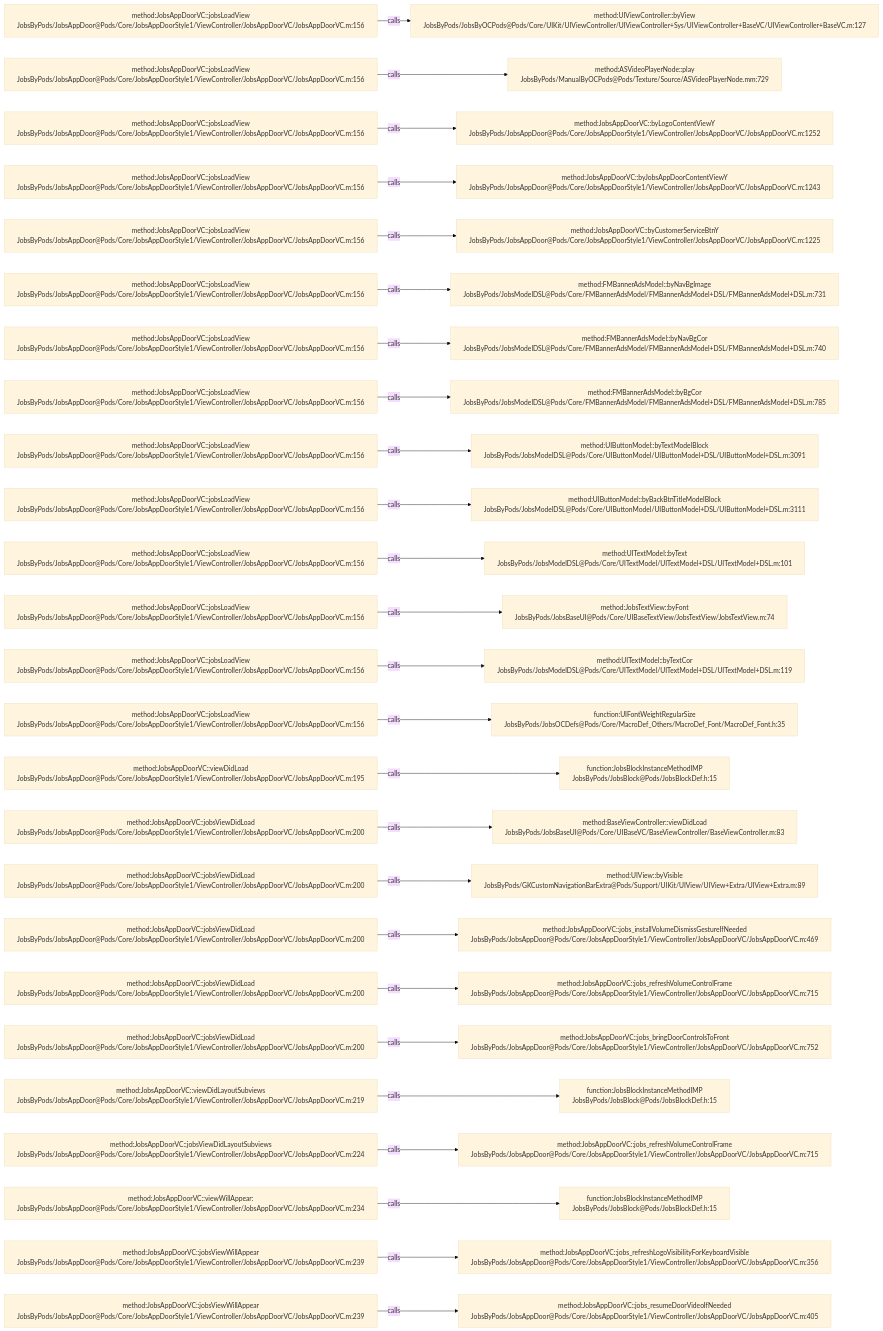
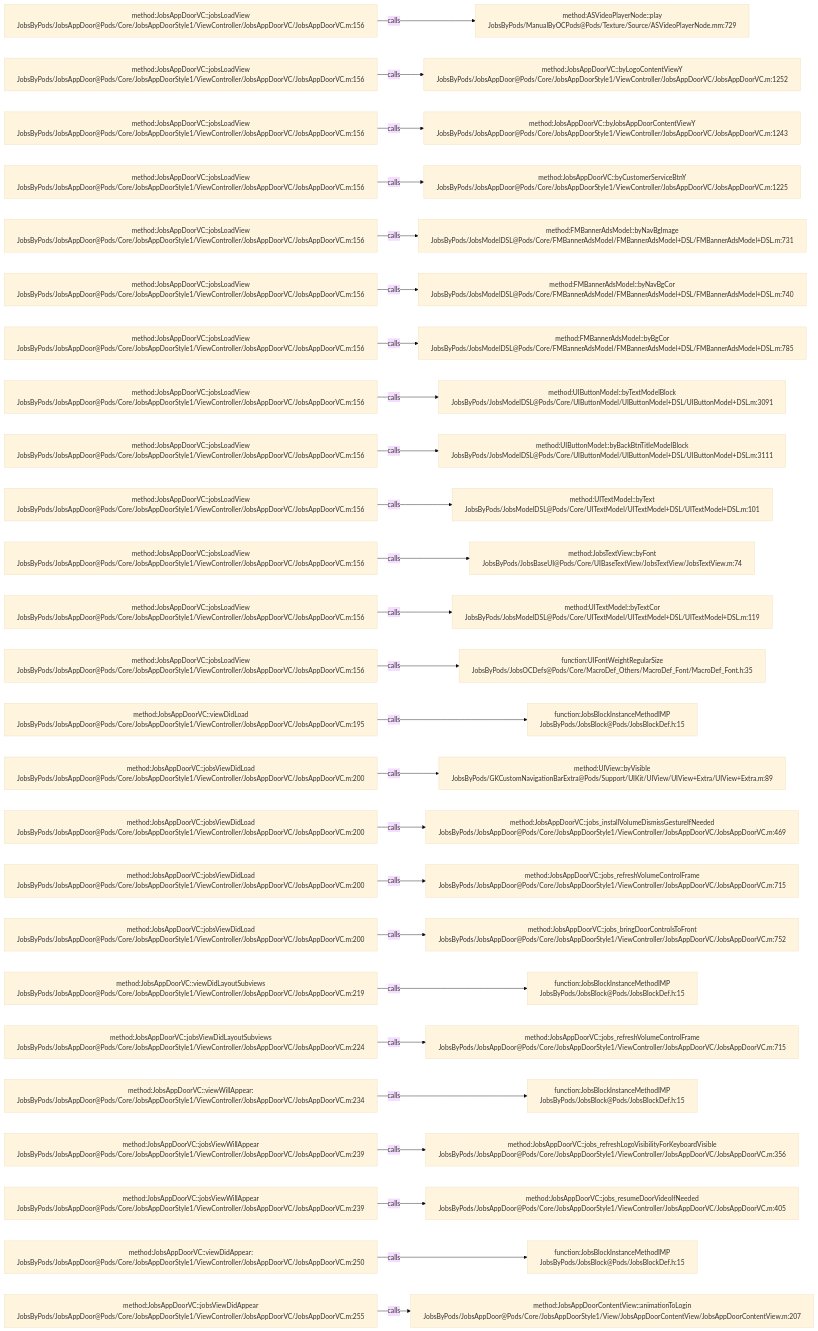
The diagram in .codegraph/codegraph.md/graphs/calls-105.md (JobsKits/JobsOCBaseConfigDemo), drawn with Mermaid (base theme) before and after one commit. The commit also changed 116 other files, not shown here.

````diff
--- a/.codegraph/codegraph.md/graphs/calls-105.md
+++ b/.codegraph/codegraph.md/graphs/calls-105.md
@@ -13,78 +13,78 @@
 ```mermaid
 flowchart LR
   S1["method:JobsAppDoorVC::jobsLoadView<br/>JobsByPods/JobsAppDoor@Pods/Core/JobsAppDoorStyle1/ViewController/JobsAppDoorVC/JobsAppDoorVC.m:156"]
-  T1["method:UIViewController::byView<br/>JobsByPods/JobsByOCPods@Pods/Core/UIKit/UIViewController/UIViewController+Sys/UIViewController+BaseVC/UIViewController+BaseVC.m:127"]
+  T1["method:ASVideoPlayerNode::play<br/>JobsByPods/ManualByOCPods@Pods/Texture/Source/ASVideoPlayerNode.mm:729"]
   S1 -->|calls| T1
   S2["method:JobsAppDoorVC::jobsLoadView<br/>JobsByPods/JobsAppDoor@Pods/Core/JobsAppDoorStyle1/ViewController/JobsAppDoorVC/JobsAppDoorVC.m:156"]
-  T2["method:ASVideoPlayerNode::play<br/>JobsByPods/ManualByOCPods@Pods/Texture/Source/ASVideoPlayerNode.mm:729"]
+  T2["method:JobsAppDoorVC::byLogoContentViewY<br/>JobsByPods/JobsAppDoor@Pods/Core/JobsAppDoorStyle1/ViewController/JobsAppDoorVC/JobsAppDoorVC.m:1252"]
   S2 -->|calls| T2
   S3["method:JobsAppDoorVC::jobsLoadView<br/>JobsByPods/JobsAppDoor@Pods/Core/JobsAppDoorStyle1/ViewController/JobsAppDoorVC/JobsAppDoorVC.m:156"]
-  T3["method:JobsAppDoorVC::byLogoContentViewY<br/>JobsByPods/JobsAppDoor@Pods/Core/JobsAppDoorStyle1/ViewController/JobsAppDoorVC/JobsAppDoorVC.m:1252"]
+  T3["method:JobsAppDoorVC::byJobsAppDoorContentViewY<br/>JobsByPods/JobsAppDoor@Pods/Core/JobsAppDoorStyle1/ViewController/JobsAppDoorVC/JobsAppDoorVC.m:1243"]
   S3 -->|calls| T3
   S4["method:JobsAppDoorVC::jobsLoadView<br/>JobsByPods/JobsAppDoor@Pods/Core/JobsAppDoorStyle1/ViewController/JobsAppDoorVC/JobsAppDoorVC.m:156"]
-  T4["method:JobsAppDoorVC::byJobsAppDoorContentViewY<br/>JobsByPods/JobsAppDoor@Pods/Core/JobsAppDoorStyle1/ViewController/JobsAppDoorVC/JobsAppDoorVC.m:1243"]
+  T4["method:JobsAppDoorVC::byCustomerServiceBtnY<br/>JobsByPods/JobsAppDoor@Pods/Core/JobsAppDoorStyle1/ViewController/JobsAppDoorVC/JobsAppDoorVC.m:1225"]
   S4 -->|calls| T4
   S5["method:JobsAppDoorVC::jobsLoadView<br/>JobsByPods/JobsAppDoor@Pods/Core/JobsAppDoorStyle1/ViewController/JobsAppDoorVC/JobsAppDoorVC.m:156"]
-  T5["method:JobsAppDoorVC::byCustomerServiceBtnY<br/>JobsByPods/JobsAppDoor@Pods/Core/JobsAppDoorStyle1/ViewController/JobsAppDoorVC/JobsAppDoorVC.m:1225"]
+  T5["method:FMBannerAdsModel::byNavBgImage<br/>JobsByPods/JobsModelDSL@Pods/Core/FMBannerAdsModel/FMBannerAdsModel+DSL/FMBannerAdsModel+DSL.m:731"]
   S5 -->|calls| T5
   S6["method:JobsAppDoorVC::jobsLoadView<br/>JobsByPods/JobsAppDoor@Pods/Core/JobsAppDoorStyle1/ViewController/JobsAppDoorVC/JobsAppDoorVC.m:156"]
-  T6["method:FMBannerAdsModel::byNavBgImage<br/>JobsByPods/JobsModelDSL@Pods/Core/FMBannerAdsModel/FMBannerAdsModel+DSL/FMBannerAdsModel+DSL.m:731"]
+  T6["method:FMBannerAdsModel::byNavBgCor<br/>JobsByPods/JobsModelDSL@Pods/Core/FMBannerAdsModel/FMBannerAdsModel+DSL/FMBannerAdsModel+DSL.m:740"]
   S6 -->|calls| T6
   S7["method:JobsAppDoorVC::jobsLoadView<br/>JobsByPods/JobsAppDoor@Pods/Core/JobsAppDoorStyle1/ViewController/JobsAppDoorVC/JobsAppDoorVC.m:156"]
-  T7["method:FMBannerAdsModel::byNavBgCor<br/>JobsByPods/JobsModelDSL@Pods/Core/FMBannerAdsModel/FMBannerAdsModel+DSL/FMBannerAdsModel+DSL.m:740"]
+  T7["method:FMBannerAdsModel::byBgCor<br/>JobsByPods/JobsModelDSL@Pods/Core/FMBannerAdsModel/FMBannerAdsModel+DSL/FMBannerAdsModel+DSL.m:785"]
   S7 -->|calls| T7
   S8["method:JobsAppDoorVC::jobsLoadView<br/>JobsByPods/JobsAppDoor@Pods/Core/JobsAppDoorStyle1/ViewController/JobsAppDoorVC/JobsAppDoorVC.m:156"]
-  T8["method:FMBannerAdsModel::byBgCor<br/>JobsByPods/JobsModelDSL@Pods/Core/FMBannerAdsModel/FMBannerAdsModel+DSL/FMBannerAdsModel+DSL.m:785"]
+  T8["method:UIButtonModel::byTextModelBlock<br/>JobsByPods/JobsModelDSL@Pods/Core/UIButtonModel/UIButtonModel+DSL/UIButtonModel+DSL.m:3091"]
   S8 -->|calls| T8
   S9["method:JobsAppDoorVC::jobsLoadView<br/>JobsByPods/JobsAppDoor@Pods/Core/JobsAppDoorStyle1/ViewController/JobsAppDoorVC/JobsAppDoorVC.m:156"]
-  T9["method:UIButtonModel::byTextModelBlock<br/>JobsByPods/JobsModelDSL@Pods/Core/UIButtonModel/UIButtonModel+DSL/UIButtonModel+DSL.m:3091"]
+  T9["method:UIButtonModel::byBackBtnTitleModelBlock<br/>JobsByPods/JobsModelDSL@Pods/Core/UIButtonModel/UIButtonModel+DSL/UIButtonModel+DSL.m:3111"]
   S9 -->|calls| T9
   S10["method:JobsAppDoorVC::jobsLoadView<br/>JobsByPods/JobsAppDoor@Pods/Core/JobsAppDoorStyle1/ViewController/JobsAppDoorVC/JobsAppDoorVC.m:156"]
-  T10["method:UIButtonModel::byBackBtnTitleModelBlock<br/>JobsByPods/JobsModelDSL@Pods/Core/UIButtonModel/UIButtonModel+DSL/UIButtonModel+DSL.m:3111"]
+  T10["method:UITextModel::byText<br/>JobsByPods/JobsModelDSL@Pods/Core/UITextModel/UITextModel+DSL/UITextModel+DSL.m:101"]
   S10 -->|calls| T10
   S11["method:JobsAppDoorVC::jobsLoadView<br/>JobsByPods/JobsAppDoor@Pods/Core/JobsAppDoorStyle1/ViewController/JobsAppDoorVC/JobsAppDoorVC.m:156"]
-  T11["method:UITextModel::byText<br/>JobsByPods/JobsModelDSL@Pods/Core/UITextModel/UITextModel+DSL/UITextModel+DSL.m:101"]
+  T11["method:JobsTextView::byFont<br/>JobsByPods/JobsBaseUI@Pods/Core/UIBaseTextView/JobsTextView/JobsTextView.m:74"]
   S11 -->|calls| T11
   S12["method:JobsAppDoorVC::jobsLoadView<br/>JobsByPods/JobsAppDoor@Pods/Core/JobsAppDoorStyle1/ViewController/JobsAppDoorVC/JobsAppDoorVC.m:156"]
-  T12["method:JobsTextView::byFont<br/>JobsByPods/JobsBaseUI@Pods/Core/UIBaseTextView/JobsTextView/JobsTextView.m:74"]
+  T12["method:UITextModel::byTextCor<br/>JobsByPods/JobsModelDSL@Pods/Core/UITextModel/UITextModel+DSL/UITextModel+DSL.m:119"]
   S12 -->|calls| T12
   S13["method:JobsAppDoorVC::jobsLoadView<br/>JobsByPods/JobsAppDoor@Pods/Core/JobsAppDoorStyle1/ViewController/JobsAppDoorVC/JobsAppDoorVC.m:156"]
-  T13["method:UITextModel::byTextCor<br/>JobsByPods/JobsModelDSL@Pods/Core/UITextModel/UITextModel+DSL/UITextModel+DSL.m:119"]
+  T13["function:UIFontWeightRegularSize<br/>JobsByPods/JobsOCDefs@Pods/Core/MacroDef_Others/MacroDef_Font/MacroDef_Font.h:35"]
   S13 -->|calls| T13
-  S14["method:JobsAppDoorVC::jobsLoadView<br/>JobsByPods/JobsAppDoor@Pods/Core/JobsAppDoorStyle1/ViewController/JobsAppDoorVC/JobsAppDoorVC.m:156"]
-  T14["function:UIFontWeightRegularSize<br/>JobsByPods/JobsOCDefs@Pods/Core/MacroDef_Others/MacroDef_Font/MacroDef_Font.h:35"]
+  S14["method:JobsAppDoorVC::viewDidLoad<br/>JobsByPods/JobsAppDoor@Pods/Core/JobsAppDoorStyle1/ViewController/JobsAppDoorVC/JobsAppDoorVC.m:195"]
+  T14["function:JobsBlockInstanceMethodIMP<br/>JobsByPods/JobsBlock@Pods/JobsBlockDef.h:15"]
   S14 -->|calls| T14
-  S15["method:JobsAppDoorVC::viewDidLoad<br/>JobsByPods/JobsAppDoor@Pods/Core/JobsAppDoorStyle1/ViewController/JobsAppDoorVC/JobsAppDoorVC.m:195"]
-  T15["function:JobsBlockInstanceMethodIMP<br/>JobsByPods/JobsBlock@Pods/JobsBlockDef.h:15"]
+  S15["method:JobsAppDoorVC::jobsViewDidLoad<br/>JobsByPods/JobsAppDoor@Pods/Core/JobsAppDoorStyle1/ViewController/JobsAppDoorVC/JobsAppDoorVC.m:200"]
+  T15["method:UIView::byVisible<br/>JobsByPods/GKCustomNavigationBarExtra@Pods/Support/UIKit/UIView/UIView+Extra/UIView+Extra.m:89"]
   S15 -->|calls| T15
   S16["method:JobsAppDoorVC::jobsViewDidLoad<br/>JobsByPods/JobsAppDoor@Pods/Core/JobsAppDoorStyle1/ViewController/JobsAppDoorVC/JobsAppDoorVC.m:200"]
-  T16["method:BaseViewController::viewDidLoad<br/>JobsByPods/JobsBaseUI@Pods/Core/UIBaseVC/BaseViewController/BaseViewController.m:83"]
+  T16["method:JobsAppDoorVC::jobs_installVolumeDismissGestureIfNeeded<br/>JobsByPods/JobsAppDoor@Pods/Core/JobsAppDoorStyle1/ViewController/JobsAppDoorVC/JobsAppDoorVC.m:469"]
   S16 -->|calls| T16
   S17["method:JobsAppDoorVC::jobsViewDidLoad<br/>JobsByPods/JobsAppDoor@Pods/Core/JobsAppDoorStyle1/ViewController/JobsAppDoorVC/JobsAppDoorVC.m:200"]
-  T17["method:UIView::byVisible<br/>JobsByPods/GKCustomNavigationBarExtra@Pods/Support/UIKit/UIView/UIView+Extra/UIView+Extra.m:89"]
+  T17["method:JobsAppDoorVC::jobs_refreshVolumeControlFrame<br/>JobsByPods/JobsAppDoor@Pods/Core/JobsAppDoorStyle1/ViewController/JobsAppDoorVC/JobsAppDoorVC.m:715"]
   S17 -->|calls| T17
   S18["method:JobsAppDoorVC::jobsViewDidLoad<br/>JobsByPods/JobsAppDoor@Pods/Core/JobsAppDoorStyle1/ViewController/JobsAppDoorVC/JobsAppDoorVC.m:200"]
-  T18["method:JobsAppDoorVC::jobs_installVolumeDismissGestureIfNeeded<br/>JobsByPods/JobsAppDoor@Pods/Core/JobsAppDoorStyle1/ViewController/JobsAppDoorVC/JobsAppDoorVC.m:469"]
+  T18["method:JobsAppDoorVC::jobs_bringDoorControlsToFront<br/>JobsByPods/JobsAppDoor@Pods/Core/JobsAppDoorStyle1/ViewController/JobsAppDoorVC/JobsAppDoorVC.m:752"]
   S18 -->|calls| T18
-  S19["method:JobsAppDoorVC::jobsViewDidLoad<br/>JobsByPods/JobsAppDoor@Pods/Core/JobsAppDoorStyle1/ViewController/JobsAppDoorVC/JobsAppDoorVC.m:200"]
-  T19["method:JobsAppDoorVC::jobs_refreshVolumeControlFrame<br/>JobsByPods/JobsAppDoor@Pods/Core/JobsAppDoorStyle1/ViewController/JobsAppDoorVC/JobsAppDoorVC.m:715"]
+  S19["method:JobsAppDoorVC::viewDidLayoutSubviews<br/>JobsByPods/JobsAppDoor@Pods/Core/JobsAppDoorStyle1/ViewController/JobsAppDoorVC/JobsAppDoorVC.m:219"]
+  T19["function:JobsBlockInstanceMethodIMP<br/>JobsByPods/JobsBlock@Pods/JobsBlockDef.h:15"]
   S19 -->|calls| T19
-  S20["method:JobsAppDoorVC::jobsViewDidLoad<br/>JobsByPods/JobsAppDoor@Pods/Core/JobsAppDoorStyle1/ViewController/JobsAppDoorVC/JobsAppDoorVC.m:200"]
-  T20["method:JobsAppDoorVC::jobs_bringDoorControlsToFront<br/>JobsByPods/JobsAppDoor@Pods/Core/JobsAppDoorStyle1/ViewController/JobsAppDoorVC/JobsAppDoorVC.m:752"]
+  S20["method:JobsAppDoorVC::jobsViewDidLayoutSubviews<br/>JobsByPods/JobsAppDoor@Pods/Core/JobsAppDoorStyle1/ViewController/JobsAppDoorVC/JobsAppDoorVC.m:224"]
+  T20["method:JobsAppDoorVC::jobs_refreshVolumeControlFrame<br/>JobsByPods/JobsAppDoor@Pods/Core/JobsAppDoorStyle1/ViewController/JobsAppDoorVC/JobsAppDoorVC.m:715"]
   S20 -->|calls| T20
-  S21["method:JobsAppDoorVC::viewDidLayoutSubviews<br/>JobsByPods/JobsAppDoor@Pods/Core/JobsAppDoorStyle1/ViewController/JobsAppDoorVC/JobsAppDoorVC.m:219"]
+  S21["method:JobsAppDoorVC::viewWillAppear:<br/>JobsByPods/JobsAppDoor@Pods/Core/JobsAppDoorStyle1/ViewController/JobsAppDoorVC/JobsAppDoorVC.m:234"]
   T21["function:JobsBlockInstanceMethodIMP<br/>JobsByPods/JobsBlock@Pods/JobsBlockDef.h:15"]
   S21 -->|calls| T21
-  S22["method:JobsAppDoorVC::jobsViewDidLayoutSubviews<br/>JobsByPods/JobsAppDoor@Pods/Core/JobsAppDoorStyle1/ViewController/JobsAppDoorVC/JobsAppDoorVC.m:224"]
-  T22["method:JobsAppDoorVC::jobs_refreshVolumeControlFrame<br/>JobsByPods/JobsAppDoor@Pods/Core/JobsAppDoorStyle1/ViewController/JobsAppDoorVC/JobsAppDoorVC.m:715"]
+  S22["method:JobsAppDoorVC::jobsViewWillAppear<br/>JobsByPods/JobsAppDoor@Pods/Core/JobsAppDoorStyle1/ViewController/JobsAppDoorVC/JobsAppDoorVC.m:239"]
+  T22["method:JobsAppDoorVC::jobs_refreshLogoVisibilityForKeyboardVisible<br/>JobsByPods/JobsAppDoor@Pods/Core/JobsAppDoorStyle1/ViewController/JobsAppDoorVC/JobsAppDoorVC.m:356"]
   S22 -->|calls| T22
-  S23["method:JobsAppDoorVC::viewWillAppear:<br/>JobsByPods/JobsAppDoor@Pods/Core/JobsAppDoorStyle1/ViewController/JobsAppDoorVC/JobsAppDoorVC.m:234"]
-  T23["function:JobsBlockInstanceMethodIMP<br/>JobsByPods/JobsBlock@Pods/JobsBlockDef.h:15"]
+  S23["method:JobsAppDoorVC::jobsViewWillAppear<br/>JobsByPods/JobsAppDoor@Pods/Core/JobsAppDoorStyle1/ViewController/JobsAppDoorVC/JobsAppDoorVC.m:239"]
+  T23["method:JobsAppDoorVC::jobs_resumeDoorVideoIfNeeded<br/>JobsByPods/JobsAppDoor@Pods/Core/JobsAppDoorStyle1/ViewController/JobsAppDoorVC/JobsAppDoorVC.m:405"]
   S23 -->|calls| T23
-  S24["method:JobsAppDoorVC::jobsViewWillAppear<br/>JobsByPods/JobsAppDoor@Pods/Core/JobsAppDoorStyle1/ViewController/JobsAppDoorVC/JobsAppDoorVC.m:239"]
-  T24["method:JobsAppDoorVC::jobs_refreshLogoVisibilityForKeyboardVisible<br/>JobsByPods/JobsAppDoor@Pods/Core/JobsAppDoorStyle1/ViewController/JobsAppDoorVC/JobsAppDoorVC.m:356"]
+  S24["method:JobsAppDoorVC::viewDidAppear:<br/>JobsByPods/JobsAppDoor@Pods/Core/JobsAppDoorStyle1/ViewController/JobsAppDoorVC/JobsAppDoorVC.m:250"]
+  T24["function:JobsBlockInstanceMethodIMP<br/>JobsByPods/JobsBlock@Pods/JobsBlockDef.h:15"]
   S24 -->|calls| T24
-  S25["method:JobsAppDoorVC::jobsViewWillAppear<br/>JobsByPods/JobsAppDoor@Pods/Core/JobsAppDoorStyle1/ViewController/JobsAppDoorVC/JobsAppDoorVC.m:239"]
-  T25["method:JobsAppDoorVC::jobs_resumeDoorVideoIfNeeded<br/>JobsByPods/JobsAppDoor@Pods/Core/JobsAppDoorStyle1/ViewController/JobsAppDoorVC/JobsAppDoorVC.m:405"]
+  S25["method:JobsAppDoorVC::jobsViewDidAppear<br/>JobsByPods/JobsAppDoor@Pods/Core/JobsAppDoorStyle1/ViewController/JobsAppDoorVC/JobsAppDoorVC.m:255"]
+  T25["method:JobsAppDoorContentView::animationToLogin<br/>JobsByPods/JobsAppDoor@Pods/Core/JobsAppDoorStyle1/View/JobsAppDoorContentView/JobsAppDoorContentView.m:207"]
   S25 -->|calls| T25
 ```
````
